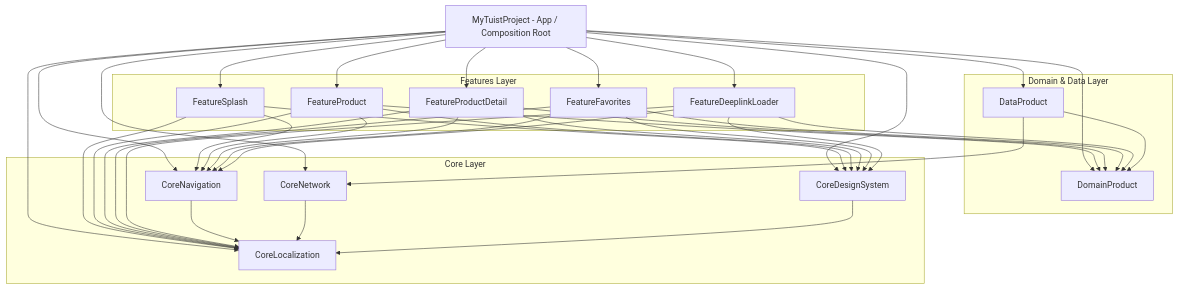
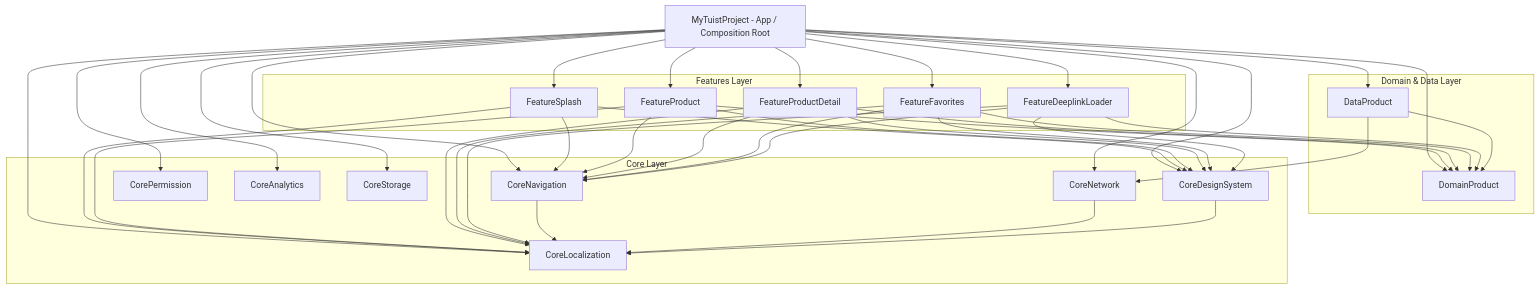
The diagram in README.md (raditsan/MyTuistProject), drawn with Mermaid before and after one commit. The commit also changed other lines of this file and 11 other files, not shown here.

Commit message:
add CoreStorage

````diff
--- a/README.md
+++ b/README.md
@@ -159,71 +160,77 @@
 ```mermaid
 graph TD
     App[MyTuistProject - App / Composition Root]
 
     subgraph Features Layer
         FS[FeatureSplash]
         FP[FeatureProduct]
         FPD[FeatureProductDetail]
         FF[FeatureFavorites]
         FDL[FeatureDeeplinkLoader]
     end
 
     subgraph Domain & Data Layer
         Domain[DomainProduct]
         Data[DataProduct]
     end
 
     subgraph Core Layer
         Nav[CoreNavigation]
         DS[CoreDesignSystem]
         Net[CoreNetwork]
         Loc[CoreLocalization]
+        Perm[CorePermission]
+        Ana[CoreAnalytics]
+        Stor[CoreStorage]
     end
 
     %% App Dependencies
     App --> FS
     App --> FP
     App --> FPD
     App --> FF
     App --> FDL
     App --> Domain
     App --> Data
     App --> Nav
     App --> DS
     App --> Net
     App --> Loc
+    App --> Perm
+    App --> Ana
+    App --> Stor
 
     %% Features Dependencies
     FS --> Nav
     FS --> DS
     FS --> Loc
     
     FP --> Nav
     FP --> DS
     FP --> Domain
     FP --> Loc
     
     FPD --> Nav
     FPD --> DS
     FPD --> Domain
     FPD --> Loc
 
     FF --> Nav
     FF --> DS
     FF --> Domain
     FF --> Loc
 
     FDL --> Nav
     FDL --> DS
     FDL --> Domain
     FDL --> Loc
 
     %% Data & Domain Dependencies
     Data --> Domain
     Data --> Net
 
     %% Core Dependencies
     Nav --> Loc
     Net --> Loc
     DS --> Loc
 ```
````
